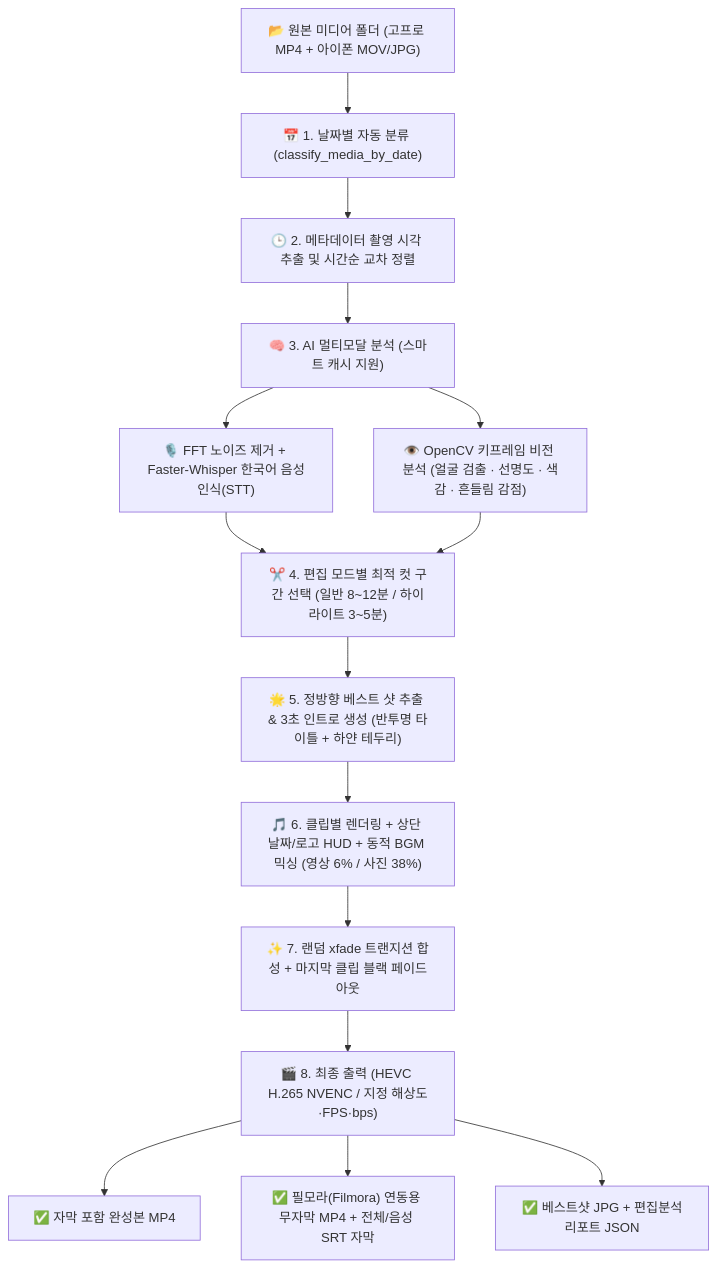
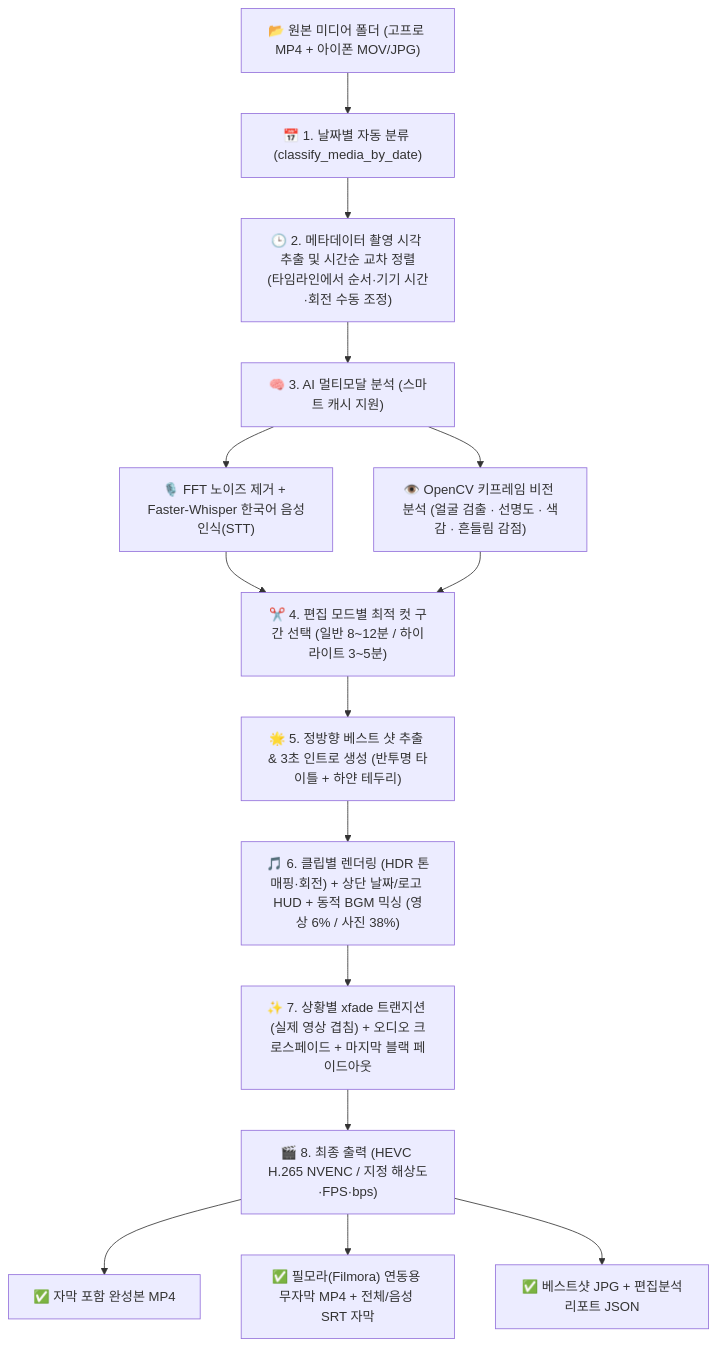
Before and after one commit to geniuth/autocut: the diagram in AutoCut_Studio_2026_문서.md, drawn with Mermaid. The commit also changed other lines of this file and 9 other files, not shown here.

````diff
--- a/AutoCut_Studio_2026_문서.md
+++ b/AutoCut_Studio_2026_문서.md
@@ -23,16 +25,16 @@
 ```mermaid
 flowchart TD
     A["📂 원본 미디어 폴더 (고프로 MP4 + 아이폰 MOV/JPG)"] --> B["📅 1. 날짜별 자동 분류 (classify_media_by_date)"]
-    B --> C["🕒 2. 메타데이터 촬영 시각 추출 및 시간순 교차 정렬"]
+    B --> C["🕒 2. 메타데이터 촬영 시각 추출 및 시간순 교차 정렬<br/>(타임라인에서 순서·기기 시간·회전 수동 조정)"]
     C --> D["🧠 3. AI 멀티모달 분석 (스마트 캐시 지원)"]
     D --> D1["🎙️ FFT 노이즈 제거 + Faster-Whisper 한국어 음성인식(STT)"]
     D --> D2["👁️ OpenCV 키프레임 비전 분석 (얼굴 검출 · 선명도 · 색감 · 흔들림 감점)"]
     D1 & D2 --> E["✂️ 4. 편집 모드별 최적 컷 구간 선택 (일반 8~12분 / 하이라이트 3~5분)"]
     E --> F["🌟 5. 정방향 베스트 샷 추출 & 3초 인트로 생성 (반투명 타이틀 + 하얀 테두리)"]
-    F --> G["🎵 6. 클립별 렌더링 + 상단 날짜/로고 HUD + 동적 BGM 믹싱 (영상 6% / 사진 38%)"]
-    G --> H["✨ 7. 랜덤 xfade 트랜지션 합성 + 마지막 클립 블랙 페이드아웃"]
+    F --> G["🎵 6. 클립별 렌더링 (HDR 톤매핑·회전) + 상단 날짜/로고 HUD + 동적 BGM 믹싱 (영상 6% / 사진 38%)"]
+    G --> H["✨ 7. 상황별 xfade 트랜지션 (실제 영상 겹침) + 오디오 크로스페이드 + 마지막 블랙 페이드아웃"]
     H --> I["🎬 8. 최종 출력 (HEVC H.265 NVENC / 지정 해상도·FPS·bps)"]
     I --> O1["✅ 자막 포함 완성본 MP4"]
     I --> O2["✅ 필모라(Filmora) 연동용 무자막 MP4 + 전체/음성 SRT 자막"]
     I --> O3["✅ 베스트샷 JPG + 편집분석리포트 JSON"]
 ```
````
